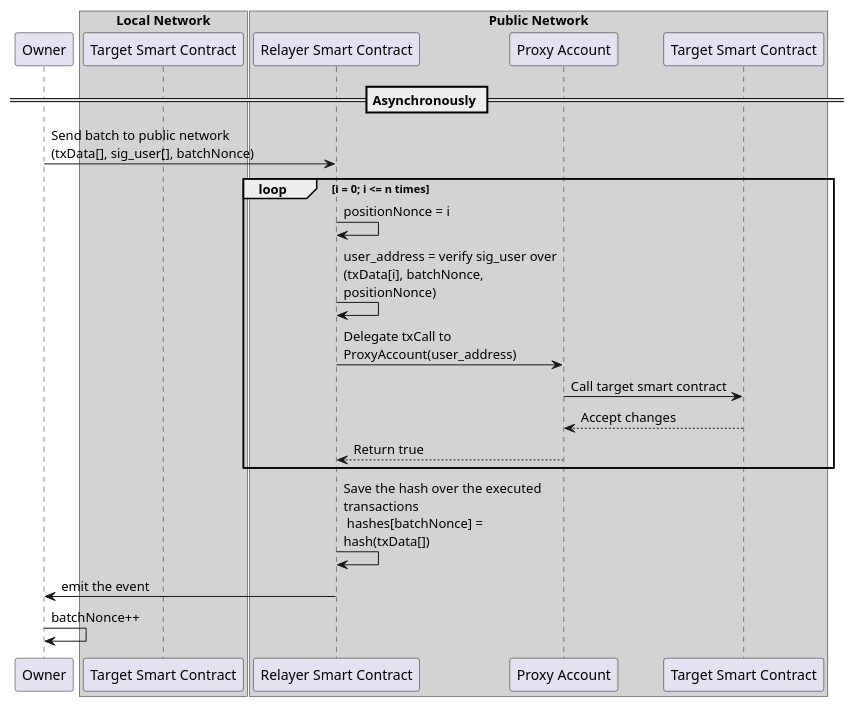
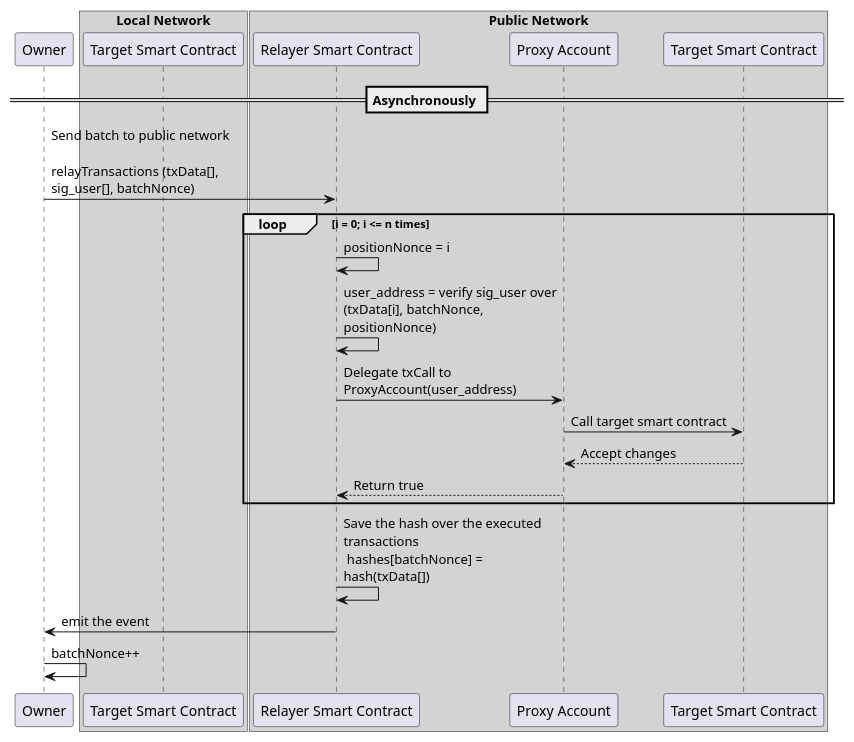
The diagram in UMLs/async.wsd (ollie041114/account-abstraction-test), drawn with PlantUML before and after one commit. The commit also changed 27 other files, not shown here.

```diff
--- a/UMLs/async.wsd
+++ b/UMLs/async.wsd
@@ -1,33 +1,35 @@
 @startuml async
 skinparam maxMessageSize 220
 
 participant Owner
 
 box "Local Network" #LightGray
 participant "Target Smart Contract" as LocalBlockchain
 end box
+
 
 box "Public Network" #LightGray
 participant "Relayer Smart Contract" as PublicRelayer
 participant "Proxy Account" as PublicProxy
 participant "Target Smart Contract" as PublicTarget
 end box
 
 
 == Asynchronously ==
 box Asynchronously
-Owner -> PublicRelayer : Send batch to public network (txData[], sig_user[], batchNonce)
+
+Owner -> PublicRelayer : Send batch to public network \n\nrelayTransactions (txData[], sig_user[], batchNonce)
 loop i = 0; i <= n times
   PublicRelayer -> PublicRelayer: positionNonce = i
   PublicRelayer -> PublicRelayer: user_address = verify sig_user over (txData[i], batchNonce, positionNonce)
   PublicRelayer -> PublicProxy : Delegate txCall to ProxyAccount(user_address)
   PublicProxy -> PublicTarget : Call target smart contract
   PublicTarget --> PublicProxy : Accept changes
   PublicProxy --> PublicRelayer : Return true
 end
 PublicRelayer -> PublicRelayer: Save the hash over the executed transactions \n hashes[batchNonce] = hash(txData[])
 PublicRelayer -> Owner: emit the event
 Owner -> Owner : batchNonce++
 end box
 
 @enduml
```
